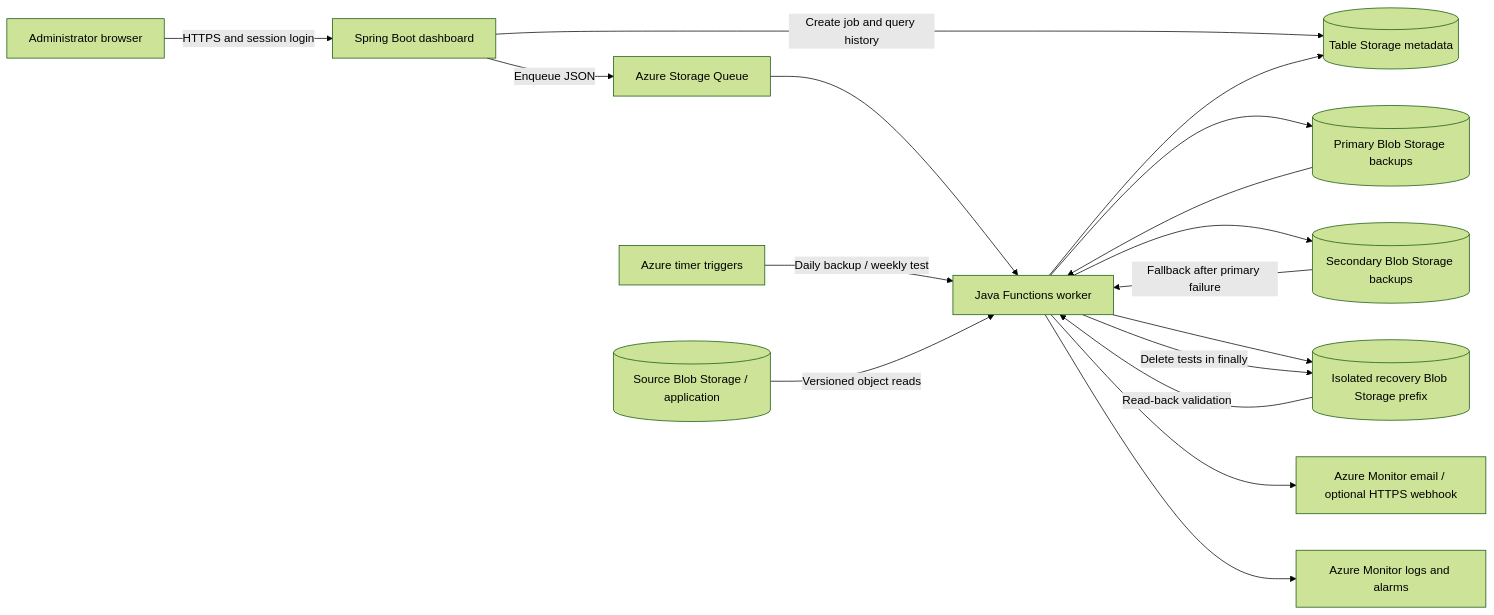
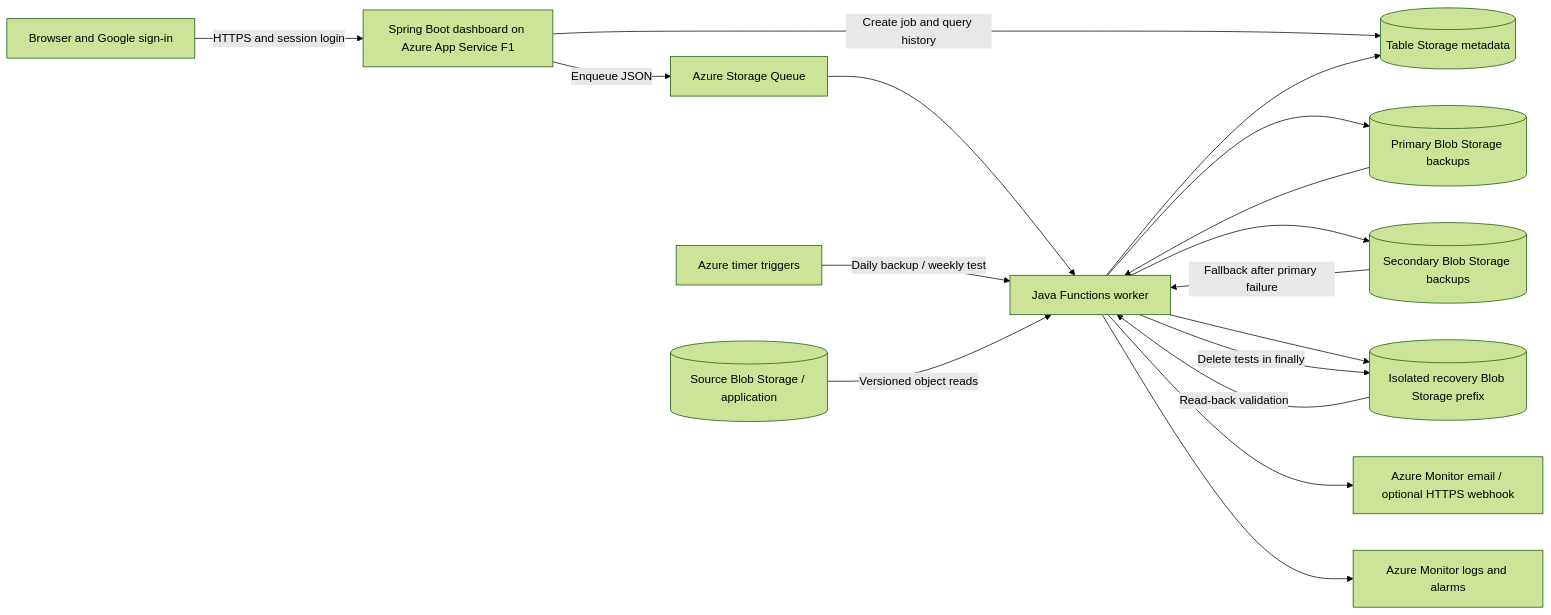
One commit to bh4askar/cloudshield changed the first of 2 diagrams in docs/ARCHITECTURE.md. Above: the diagram before and after it, drawn with Mermaid (forest theme). The commit also changed other lines of this file and 10 other files, not shown here.

Commit message:
Document live Azure dashboard and refresh package checks

````diff
--- a/docs/ARCHITECTURE.md
+++ b/docs/ARCHITECTURE.md
@@ -5,19 +5,19 @@
 ```mermaid
 flowchart LR
-  A[Administrator browser] -->|HTTPS and session login| W[Spring Boot dashboard]
+  A[Browser and Google sign-in] -->|HTTPS and session login| W[Spring Boot dashboard on Azure App Service F1]
   W -->|Create job and query history| D[(Table Storage metadata)]
   W -->|Enqueue JSON| Q[Azure Storage Queue]
   Q --> L[Java Functions worker]
   E[Azure timer triggers] -->|Daily backup / weekly test| L
   S[(Source Blob Storage / application)] -->|Versioned object reads| L
   L --> P[(Primary Blob Storage backups)]
   L --> R[(Secondary Blob Storage backups)]
   P --> L
   R -->|Fallback after primary failure| L
   L --> T[(Isolated recovery Blob Storage prefix)]
   T -->|Read-back validation| L
   L -->|Delete tests in finally| T
   L --> D
   L --> N[Azure Monitor email / optional HTTPS webhook]
   L --> C[Azure Monitor logs and alarms]
 ```
````
